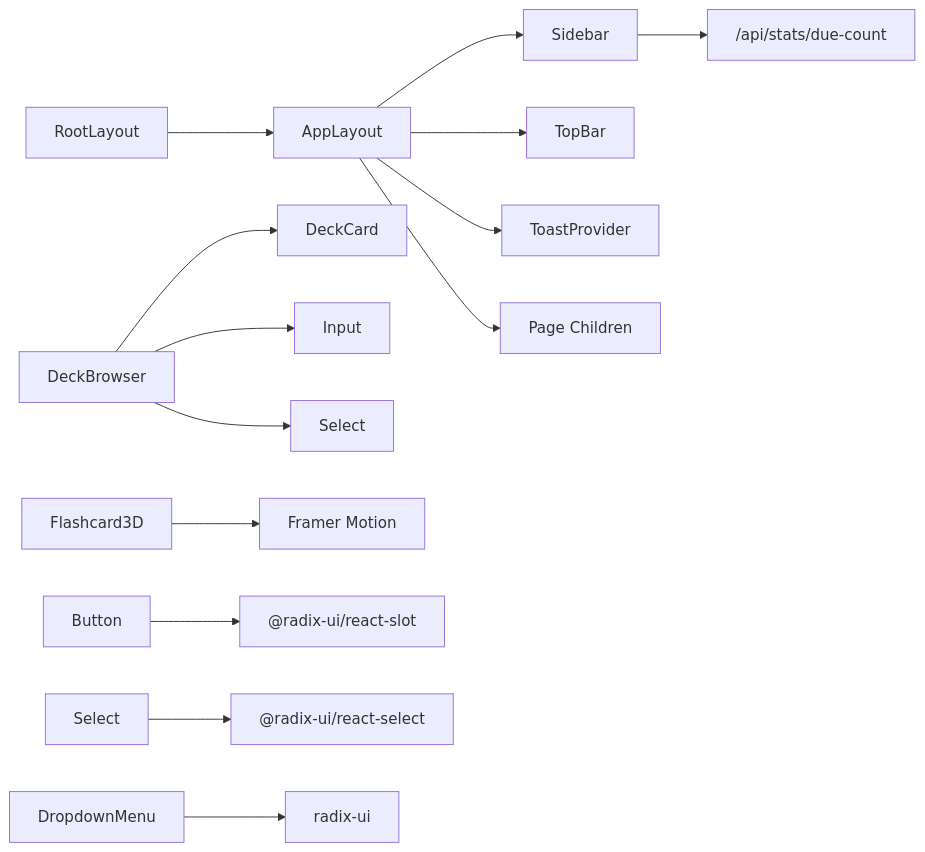
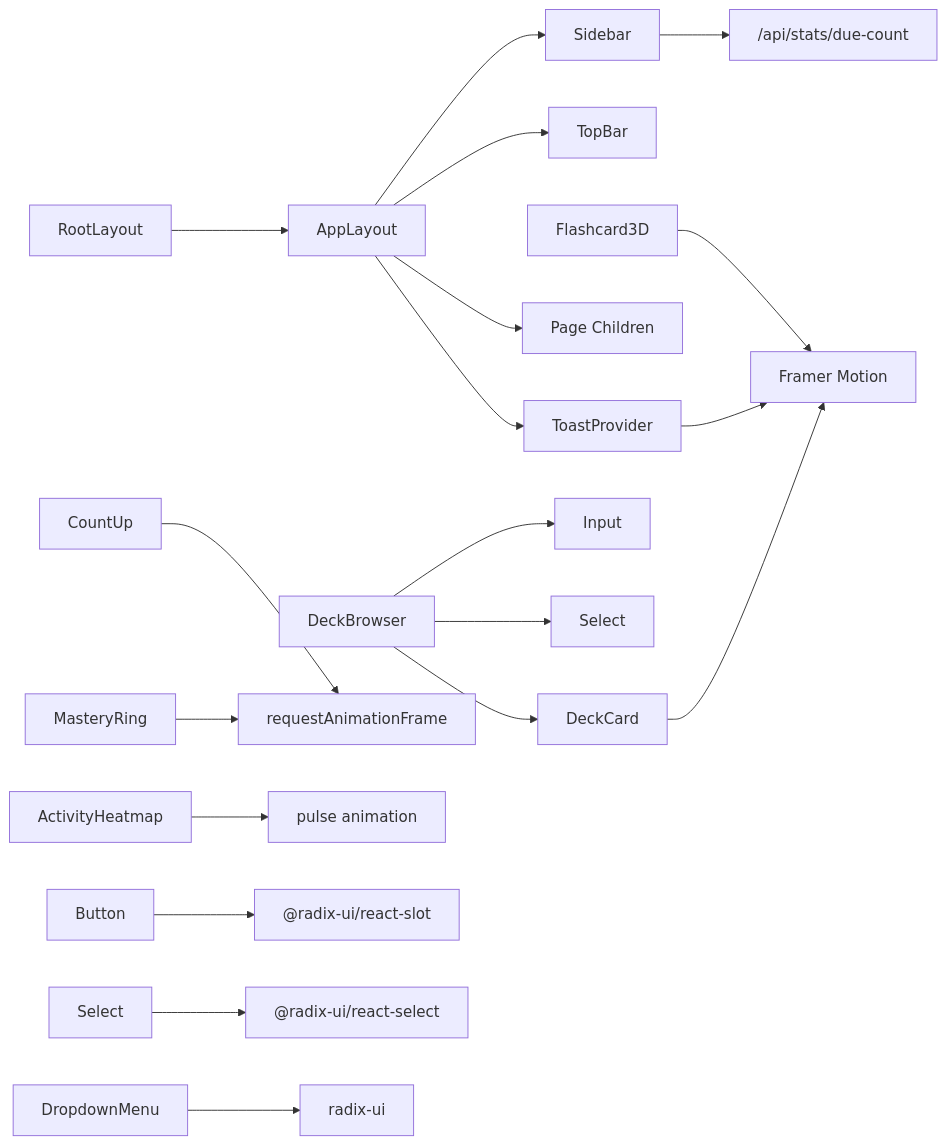
One commit to nitish-niraj/cumathassignment changed the seventh of 7 diagrams in .qoder/repowiki/en/content/Component Architecture/Component Architecture.md. Above: the diagram before and after it, drawn with Mermaid. The commit also changed other lines of this file and 3 other files, not shown here.

````diff
--- a/.qoder/repowiki/en/content/Component Architecture/Component Architecture.md
+++ b/.qoder/repowiki/en/content/Component Architecture/Component Architecture.md
@@ -437,16 +508,21 @@
 ```mermaid
 graph LR
 RootLayout["RootLayout"] --> AppLayout["AppLayout"]
 AppLayout --> Sidebar["Sidebar"]
 AppLayout --> TopBar["TopBar"]
 AppLayout --> ToastProvider["ToastProvider"]
 AppLayout --> Children["Page Children"]
 Sidebar --> API["/api/stats/due-count"]
 DeckBrowser --> DeckCard
 DeckBrowser --> UIInput["Input"]
 DeckBrowser --> UISelect["Select"]
 Flashcard3D --> Motion["Framer Motion"]
+ToastProvider --> Motion
+DeckCard --> Motion
+CountUp --> RAF["requestAnimationFrame"]
+MasteryRing --> RAF
+ActivityHeatmap --> Pulse["pulse animation"]
 Button --> RadixSlot["@radix-ui/react-slot"]
 Select --> RadixSelect["@radix-ui/react-select"]
 DropdownMenu --> RadixDropdown["radix-ui"]
 ```
````
